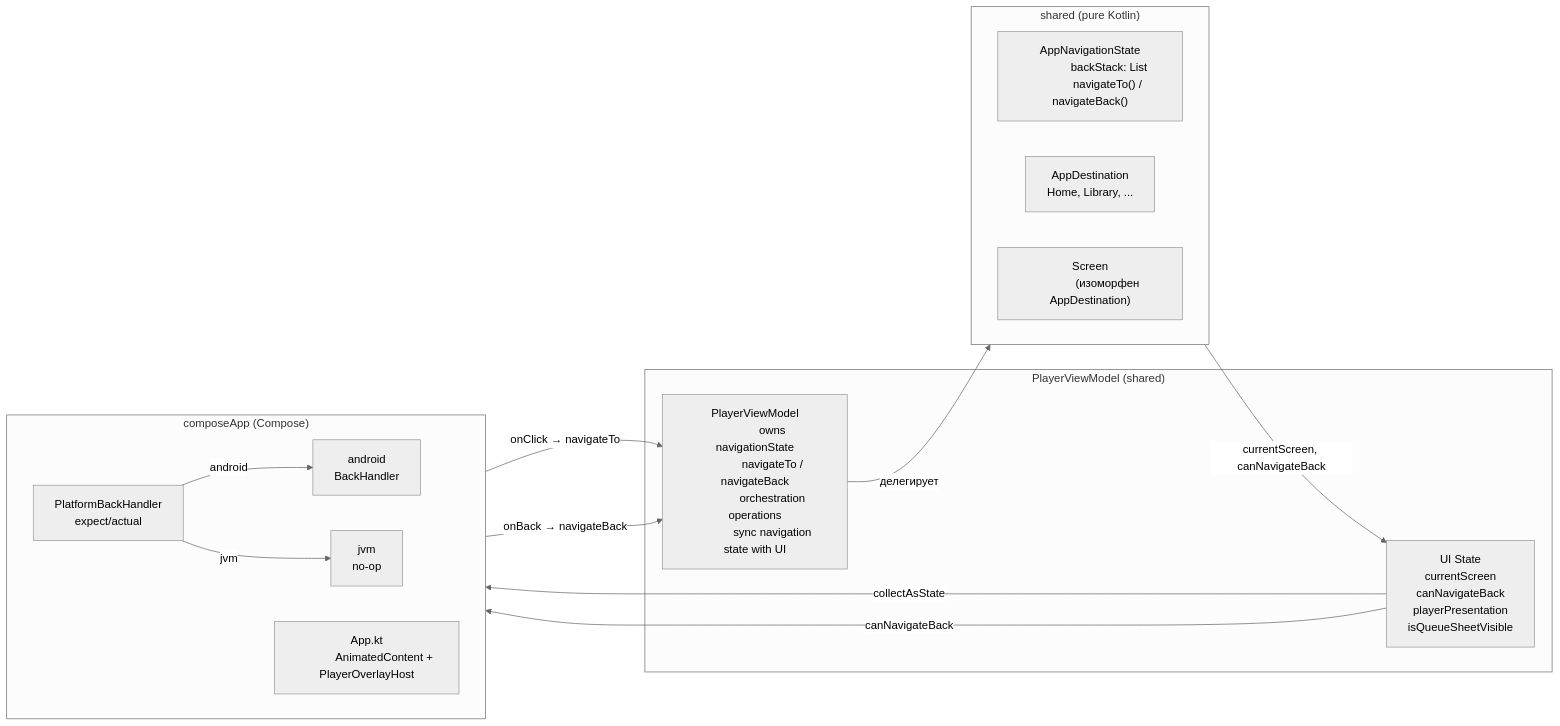
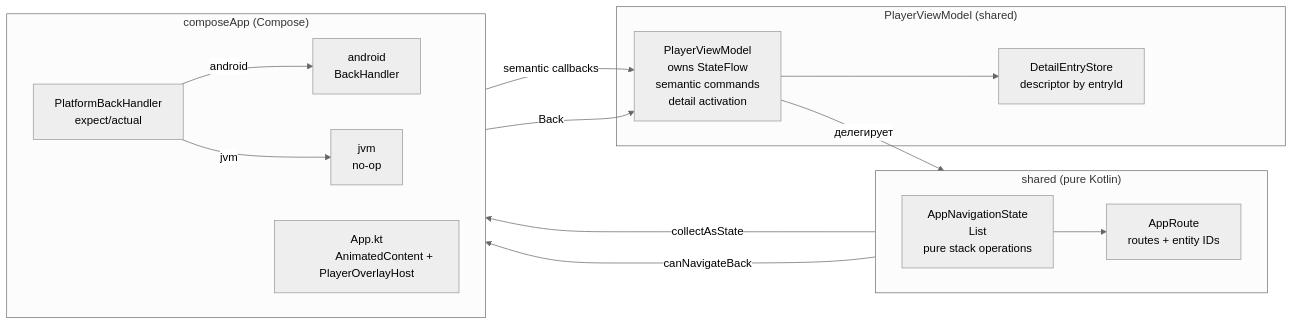
Before and after one commit to MilkuDev/dream-player: the second of 2 diagrams in docs/architecture-snapshot.md, drawn with Mermaid (neutral theme). The commit also changed other lines of this file and 21 other files, not shown here.

````diff
--- a/docs/architecture-snapshot.md
+++ b/docs/architecture-snapshot.md
@@ -172,47 +184,42 @@
 ```mermaid
 flowchart LR
     subgraph shared ["shared (pure Kotlin)"]
         direction LR
         NS["AppNavigationState
-            backStack: List<AppDestination>
-            navigateTo() / navigateBack()"]
-        AD["AppDestination
-            Home, Library, ..."]
-        SC["Screen
-            (изоморфен AppDestination)"]
+            List<NavigationEntry>
+            pure stack operations"]
+        AR["AppRoute
+            routes + entity IDs"]
     end
 
     subgraph composeApp ["composeApp (Compose)"]
         direction LR
         PBH["PlatformBackHandler
             expect/actual"]
         APP["App.kt
             AnimatedContent + PlayerOverlayHost"]
         PBH_A["android
             BackHandler"]
         PBH_J["jvm
             no-op"]
     end
 
     subgraph viewmodel ["PlayerViewModel (shared)"]
         VM["PlayerViewModel
-            owns navigationState
-            navigateTo / navigateBack
-            orchestration operations
-            sync navigation state with UI"]
-        PS["UI State
-            currentScreen
-            canNavigateBack
-            playerPresentation
-            isQueueSheetVisible"]
+            owns StateFlow
+            semantic commands
+            detail activation"]
+        DS["DetailEntryStore
+            descriptor by entryId"]
     end
 
     VM -->|делегирует| NS
-    NS -->|currentScreen, canNavigateBack| PS
-    PS -->|collectAsState| APP
-    PS -->|canNavigateBack| PBH
+    NS --> AR
+    VM --> DS
+    NS -->|collectAsState| APP
+    NS -->|canNavigateBack| PBH
     PBH -->|android| PBH_A
     PBH -->|jvm| PBH_J
-    APP -->|onClick → navigateTo| VM
-    APP -->|onBack → navigateBack| VM
+    APP -->|semantic callbacks| VM
+    APP -->|Back| VM
 ```
````
